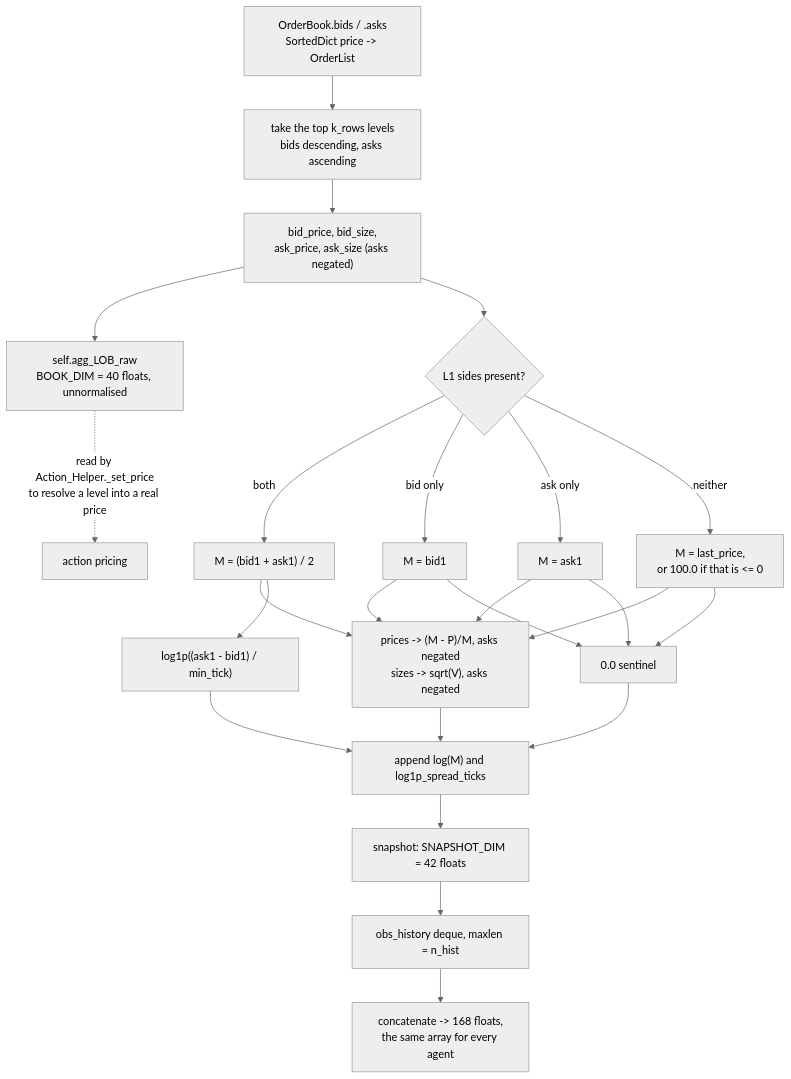
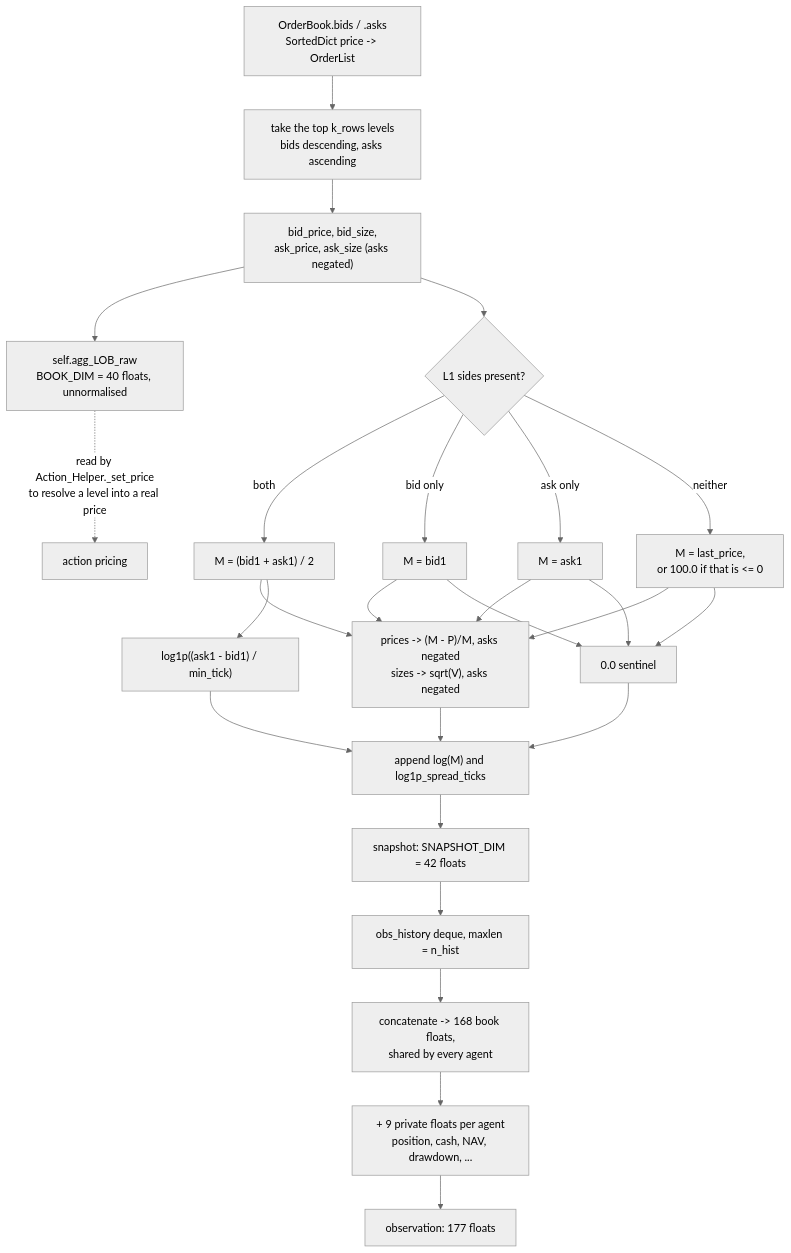
Before and after one commit to ChuaCheowHuan/gym-continuousDoubleAuction: the first of 2 diagrams in doc/05_observation_space.md, drawn with Mermaid (neutral theme). The commit also changed other lines of this file and 27 other files, not shown here.

````diff
--- a/doc/05_observation_space.md
+++ b/doc/05_observation_space.md
@@ -62,28 +101,30 @@
 ```mermaid
 flowchart TD
     LOB["OrderBook.bids / .asks<br/>SortedDict price -> OrderList"] --> TOP["take the top k_rows levels<br/>bids descending, asks ascending"]
     TOP --> RAW["bid_price, bid_size,<br/>ask_price, ask_size (asks negated)"]
     RAW --> KEEP["self.agg_LOB_raw<br/>BOOK_DIM = 40 floats, unnormalised"]
     KEEP -.->|"read by Action_Helper._set_price<br/>to resolve a level into a real price"| ACT["action pricing"]
 
     RAW --> M{"L1 sides present?"}
     M -->|"both"| M1["M = (bid1 + ask1) / 2"]
     M -->|"bid only"| M2["M = bid1"]
     M -->|"ask only"| M3["M = ask1"]
     M -->|"neither"| M4["M = last_price,<br/>or 100.0 if that is <= 0"]
 
     M1 --> NORM
     M2 --> NORM
     M3 --> NORM
     M4 --> NORM
     NORM["prices -> (M - P)/M, asks negated<br/>sizes -> sqrt(V), asks negated"] --> EXTRA
     M1 --> SPREAD["log1p((ask1 - bid1) / min_tick)"]
     M2 --> SENT["0.0 sentinel"]
     M3 --> SENT
     M4 --> SENT
     SPREAD --> EXTRA
     SENT --> EXTRA
     EXTRA["append log(M) and log1p_spread_ticks"] --> SNAP["snapshot: SNAPSHOT_DIM = 42 floats"]
     SNAP --> DEQ["obs_history deque, maxlen = n_hist"]
-    DEQ --> OBS["concatenate -> 168 floats,<br/>the same array for every agent"]
+    DEQ --> OBS["concatenate -> 168 book floats,<br/>shared by every agent"]
+    OBS --> PRIV["+ 9 private floats per agent<br/>position, cash, NAV, drawdown, ..."]
+    PRIV --> FULL["observation: 177 floats"]
 ```
````
